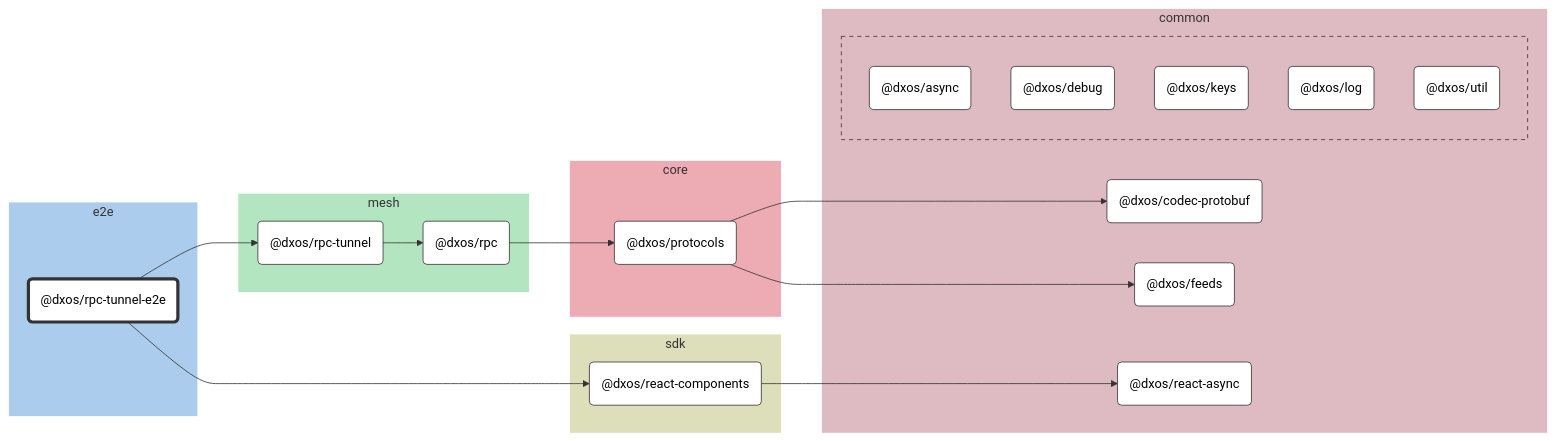
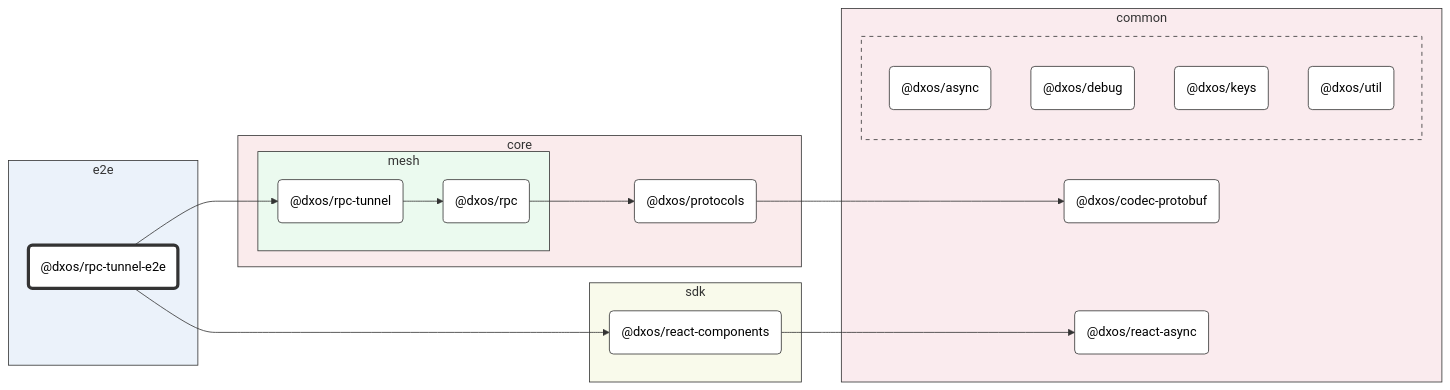
Before and after one commit to dxos/dxos: the diagram in packages/e2e/rpc-tunnel/docs/README.md, drawn with Mermaid (forest theme). The commit also changed other lines of this file and 93 other files, not shown here.

First line of the commit message:
chore: hierarchical graphs. (#1583)

````diff
--- a/packages/e2e/rpc-tunnel/docs/README.md
+++ b/packages/e2e/rpc-tunnel/docs/README.md
@@ -7,71 +7,66 @@
 ```mermaid
 %%{ init: {'flowchart':{'curve':'basis'}} }%%
 
 flowchart LR
 
 %% Classes
 classDef def fill:#fff,stroke:#333,stroke-width:1px
 classDef root fill:#fff,stroke:#333,stroke-width:4px
 
 %% Nodes
 
 subgraph e2e [e2e]
-  style e2e fill:#abcced,stroke:#fff
+  style e2e fill:#ebf2fa,stroke:#333
   dxos/rpc-tunnel-e2e("@dxos/rpc-tunnel-e2e"):::root
   click dxos/rpc-tunnel-e2e "dxos/dxos/tree/main/packages/e2e/rpc-tunnel/docs"
 end
 
 subgraph common [common]
-  style common fill:#debac2,stroke:#fff
+  style common fill:#faebee,stroke:#333
   dxos/codec-protobuf("@dxos/codec-protobuf"):::def
   click dxos/codec-protobuf "dxos/dxos/tree/main/packages/common/codec-protobuf/docs"
-  dxos/feeds("@dxos/feeds"):::def
-  click dxos/feeds "dxos/dxos/tree/main/packages/common/feeds/docs"
   dxos/react-async("@dxos/react-async"):::def
   click dxos/react-async "dxos/dxos/tree/main/packages/common/react-async/docs"
 
-  subgraph common-excluded [ ]
-    style common-excluded fill:#debac2,stroke:#333,stroke-dasharray:5 5
+  subgraph _ [ ]
+    style _ fill:#faebee,stroke:#333,stroke-dasharray:5 5
     dxos/async("@dxos/async"):::def
     click dxos/async "dxos/dxos/tree/main/packages/common/async/docs"
     dxos/debug("@dxos/debug"):::def
     click dxos/debug "dxos/dxos/tree/main/packages/common/debug/docs"
     dxos/keys("@dxos/keys"):::def
     click dxos/keys "dxos/dxos/tree/main/packages/common/keys/docs"
-    dxos/log("@dxos/log"):::def
-    click dxos/log "dxos/dxos/tree/main/packages/common/log/docs"
     dxos/util("@dxos/util"):::def
     click dxos/util "dxos/dxos/tree/main/packages/common/util/docs"
   end
 end
 
 subgraph core [core]
-  style core fill:#edabb3,stroke:#fff
+  style core fill:#faebec,stroke:#333
   dxos/protocols("@dxos/protocols"):::def
   click dxos/protocols "dxos/dxos/tree/main/packages/core/protocols/docs"
+
+  subgraph mesh [mesh]
+    style mesh fill:#ebfaef,stroke:#333
+    dxos/rpc("@dxos/rpc"):::def
+    click dxos/rpc "dxos/dxos/tree/main/packages/core/mesh/rpc/docs"
+    dxos/rpc-tunnel("@dxos/rpc-tunnel"):::def
+    click dxos/rpc-tunnel "dxos/dxos/tree/main/packages/core/mesh/rpc-tunnel/docs"
+  end
 end
 
 subgraph sdk [sdk]
-  style sdk fill:#dddeba,stroke:#fff
+  style sdk fill:#f9faeb,stroke:#333
   dxos/react-components("@dxos/react-components"):::def
   click dxos/react-components "dxos/dxos/tree/main/packages/sdk/react-components/docs"
-end
-
-subgraph mesh [mesh]
-  style mesh fill:#b3e6c0,stroke:#fff
-  dxos/rpc("@dxos/rpc"):::def
-  click dxos/rpc "dxos/dxos/tree/main/packages/core/mesh/rpc/docs"
-  dxos/rpc-tunnel("@dxos/rpc-tunnel"):::def
-  click dxos/rpc-tunnel "dxos/dxos/tree/main/packages/core/mesh/rpc-tunnel/docs"
 end
 
 %% Links
 linkStyle default stroke:#333,stroke-width:1px
 dxos/protocols --> dxos/codec-protobuf
-dxos/protocols --> dxos/feeds
 dxos/rpc-tunnel-e2e --> dxos/react-components
 dxos/react-components --> dxos/react-async
 dxos/rpc --> dxos/protocols
 dxos/rpc-tunnel-e2e --> dxos/rpc-tunnel
 dxos/rpc-tunnel --> dxos/rpc
 ```
````
